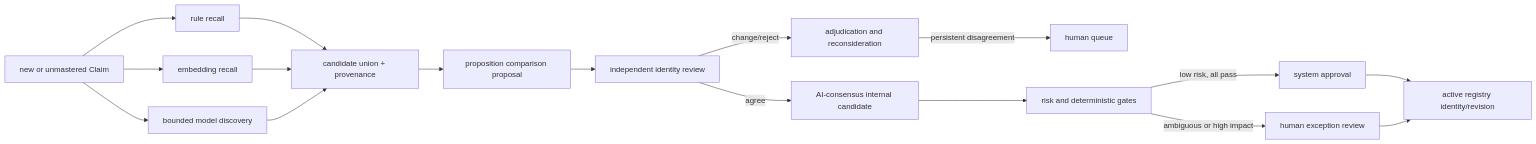
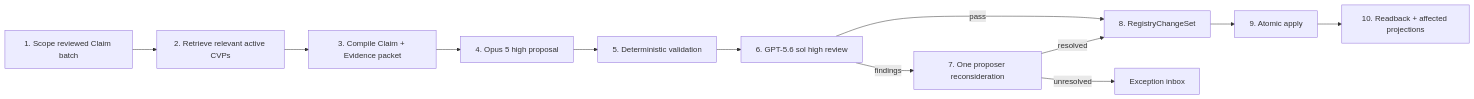
The third of 6 diagrams in docs/wang-knowledge-platform/canonical_viewpoint_registry_design_v1.md (junyang168/smart-answer), drawn with Mermaid before and after one commit. The commit also changed other lines of this file and 1 other file, not shown here.

Commit message:
docs: simplify canonical viewpoint batch resolution

````diff
--- a/docs/wang-knowledge-platform/canonical_viewpoint_registry_design_v1.md
+++ b/docs/wang-knowledge-platform/canonical_viewpoint_registry_design_v1.md
@@ -673,19 +822,14 @@
 ```mermaid
 flowchart LR
-    N["new or unmastered Claim"] --> D["rule recall"]
-    N --> E["embedding recall"]
-    N --> M["bounded model discovery"]
-    D --> U["candidate union + provenance"]
-    E --> U
-    M --> U
-    U --> P["proposition comparison proposal"]
-    P --> R["independent identity review"]
-    R -->|agree| C["AI-consensus internal candidate"]
-    R -->|change/reject| A["adjudication and reconsideration"]
-    A -->|persistent disagreement| H["human queue"]
-    C --> G["risk and deterministic gates"]
-    G -->|low risk, all pass| S["system approval"]
-    G -->|ambiguous or high impact| H2["human exception review"]
-    S --> V["active registry identity/revision"]
-    H2 --> V
+    S["1. Scope reviewed Claim batch"] --> I["2. Retrieve relevant active CVPs"]
+    I --> E["3. Compile Claim + Evidence packet"]
+    E --> P["4. Opus 5 high proposal"]
+    P --> D["5. Deterministic validation"]
+    D --> R["6. GPT-5.6 sol high review"]
+    R -->|"pass"| C["8. RegistryChangeSet"]
+    R -->|"findings"| O["7. One proposer reconsideration"]
+    O -->|"resolved"| C
+    O -->|"unresolved"| X["Exception inbox"]
+    C --> A["9. Atomic apply"]
+    A --> B["10. Readback + affected projections"]
 ```
````
